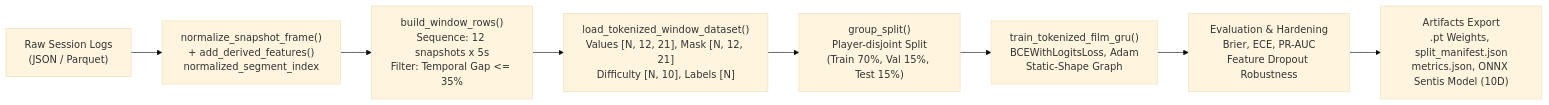
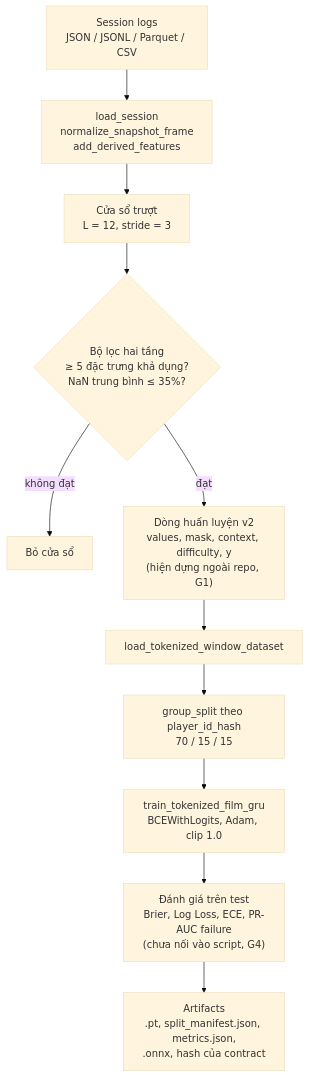
One commit to sonbm-itealvn/DDA-models changed the sixth of 16 diagrams in SYSTEM_ARCHITECTURE_ANALYSIS.md. Above: the diagram before and after it, drawn with Mermaid (base theme). The commit also changed other lines of this file and 2 other files, not shown here.

````diff
--- a/SYSTEM_ARCHITECTURE_ANALYSIS.md
+++ b/SYSTEM_ARCHITECTURE_ANALYSIS.md
@@ -214,10 +388,13 @@
 ```mermaid
-flowchart LR
-    A["Raw Session Logs<br/>(JSON / Parquet)"] --> B["normalize_snapshot_frame()<br/>+ add_derived_features()<br/>normalized_segment_index"]
-    B --> C["build_window_rows()<br/>Sequence: 12 snapshots x 5s<br/>Filter: Temporal Gap <= 35%"]
-    C --> D["load_tokenized_window_dataset()<br/>Values [N, 12, 21], Mask [N, 12, 21]<br/>Difficulty [N, 10], Labels [N]"]
-    D --> E["group_split()<br/>Player-disjoint Split<br/>(Train 70%, Val 15%, Test 15%)"]
-    E --> F["train_tokenized_film_gru()<br/>BCEWithLogitsLoss, Adam<br/>Static-Shape Graph"]
-    F --> G["Evaluation & Hardening<br/>Brier, ECE, PR-AUC<br/>Feature Dropout Robustness"]
-    G --> H["Artifacts Export<br/>.pt Weights, split_manifest.json<br/>metrics.json, ONNX Sentis Model (10D)"]
+flowchart TD
+    A["Session logs<br/>JSON / JSONL / Parquet / CSV"] --> B["load_session<br/>normalize_snapshot_frame<br/>add_derived_features"]
+    B --> C["Cửa sổ trượt<br/>L = 12, stride = 3"]
+    C --> D{"Bộ lọc hai tầng<br/>≥ 5 đặc trưng khả dụng?<br/>NaN trung bình ≤ 35%?"}
+    D -->|"không đạt"| X["Bỏ cửa sổ"]
+    D -->|"đạt"| E["Dòng huấn luyện v2<br/>values, mask, context, difficulty, y<br/>(hiện dựng ngoài repo, G1)"]
+    E --> L["load_tokenized_window_dataset"]
+    L --> F["group_split theo player_id_hash<br/>70 / 15 / 15"]
+    F --> G["train_tokenized_film_gru<br/>BCEWithLogits, Adam, clip 1.0"]
+    G --> H["Đánh giá trên test<br/>Brier, Log Loss, ECE, PR-AUC failure<br/>(chưa nối vào script, G4)"]
+    H --> I["Artifacts<br/>.pt, split_manifest.json, metrics.json,<br/>.onnx, hash của contract"]
 ```
````
